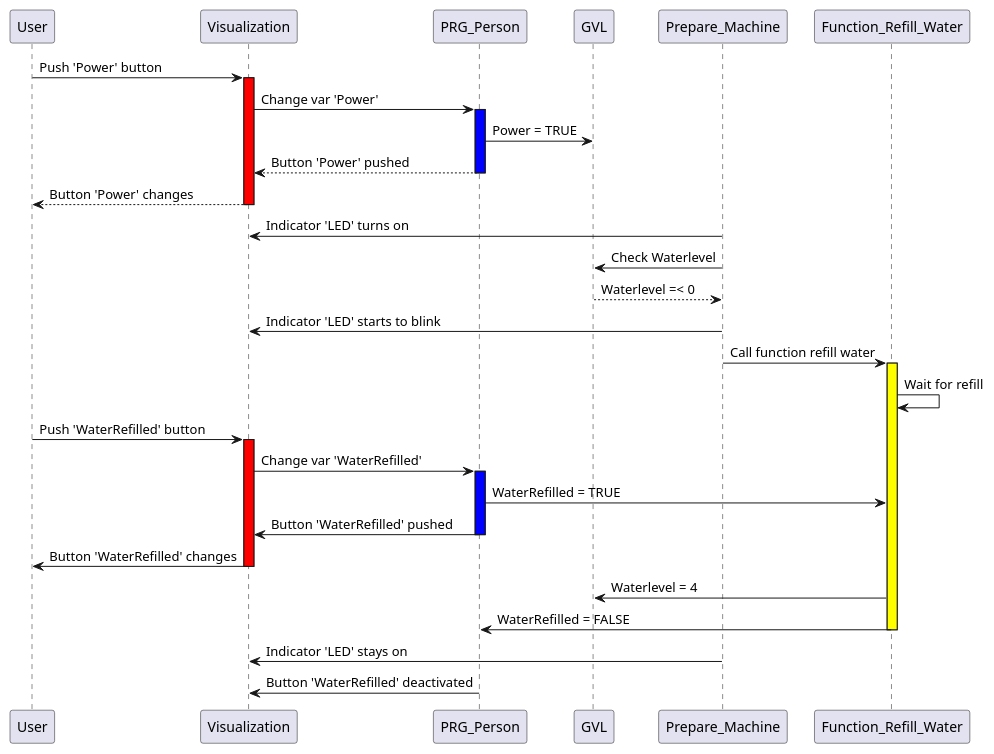
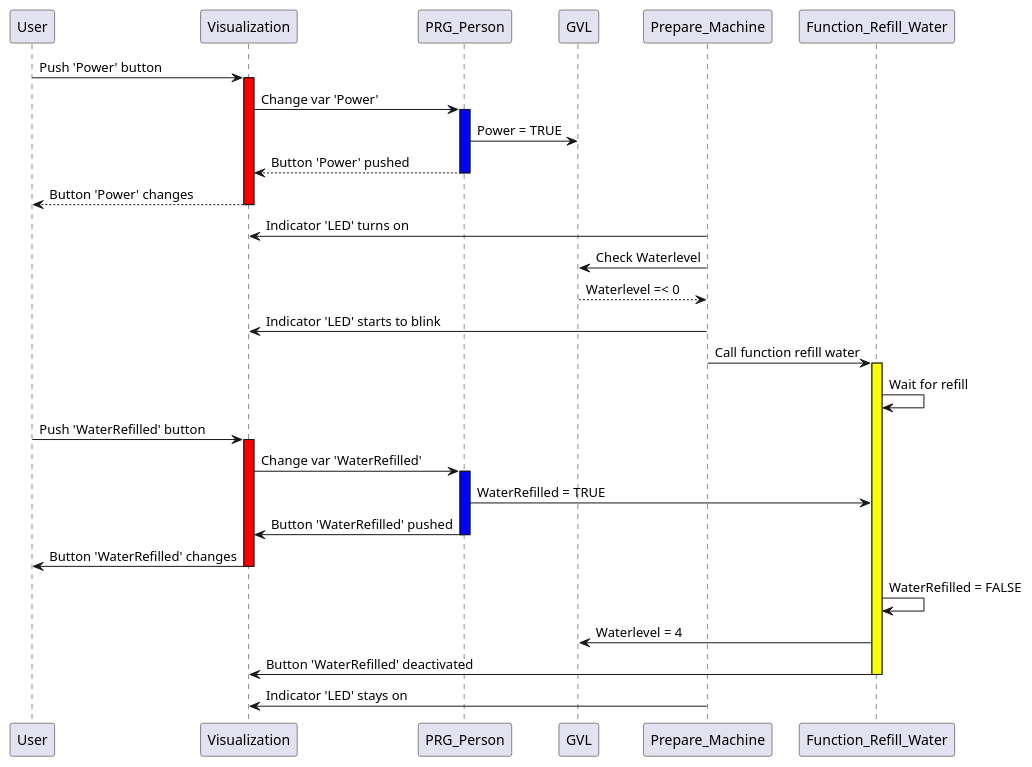
One commit to ArendsJurrien/Assignment-Process---Safety-Jurri-n-Arends changed the diagram in src/Sequence_diagram_calling.md. Above: the diagram before and after it, drawn with PlantUML. The commit also changed 4 other files, not shown here.

````diff
--- a/src/Sequence_diagram_calling.md
+++ b/src/Sequence_diagram_calling.md
@@ -5,40 +5,41 @@
 ```plantuml
 @startuml
 
 User -> Visualization: Push 'Power' button
 activate Visualization #RED
 Visualization -> PRG_Person: Change var 'Power'
 activate PRG_Person #BLUE
 PRG_Person -> GVL: Power = TRUE
 PRG_Person --> Visualization: Button 'Power' pushed
 deactivate PRG_Person 
 Visualization --> User: Button 'Power' changes
 deactivate Visualization 
 Prepare_Machine -> Visualization: Indicator 'LED' turns on
 
 Prepare_Machine -> GVL: Check Waterlevel
 GVL --> Prepare_Machine: Waterlevel =< 0
 Prepare_Machine -> Visualization: Indicator 'LED' starts to blink 
 Prepare_Machine -> Function_Refill_Water: Call function refill water
 activate Function_Refill_Water #YELLOW
 Function_Refill_Water -> Function_Refill_Water: Wait for refill
 
 
 
 User -> Visualization: Push 'WaterRefilled' button
 activate Visualization #RED
 Visualization -> PRG_Person: Change var 'WaterRefilled'
 activate PRG_Person #BLUE
 PRG_Person -> Function_Refill_Water: WaterRefilled = TRUE
 PRG_Person -> Visualization: Button 'WaterRefilled' pushed
 deactivate PRG_Person 
 Visualization -> User: Button 'WaterRefilled' changes
 deactivate Visualization
+Function_Refill_Water -> Function_Refill_Water: WaterRefilled = FALSE
 Function_Refill_Water -> GVL: Waterlevel = 4
-Function_Refill_Water -> PRG_Person: WaterRefilled = FALSE
+Function_Refill_Water -> Visualization: Button 'WaterRefilled' deactivated
 deactivate Function_Refill_Water
 Prepare_Machine -> Visualization: Indicator 'LED' stays on
-PRG_Person -> Visualization: Button 'WaterRefilled' deactivated
+
 
 @enduml
 ```
````
